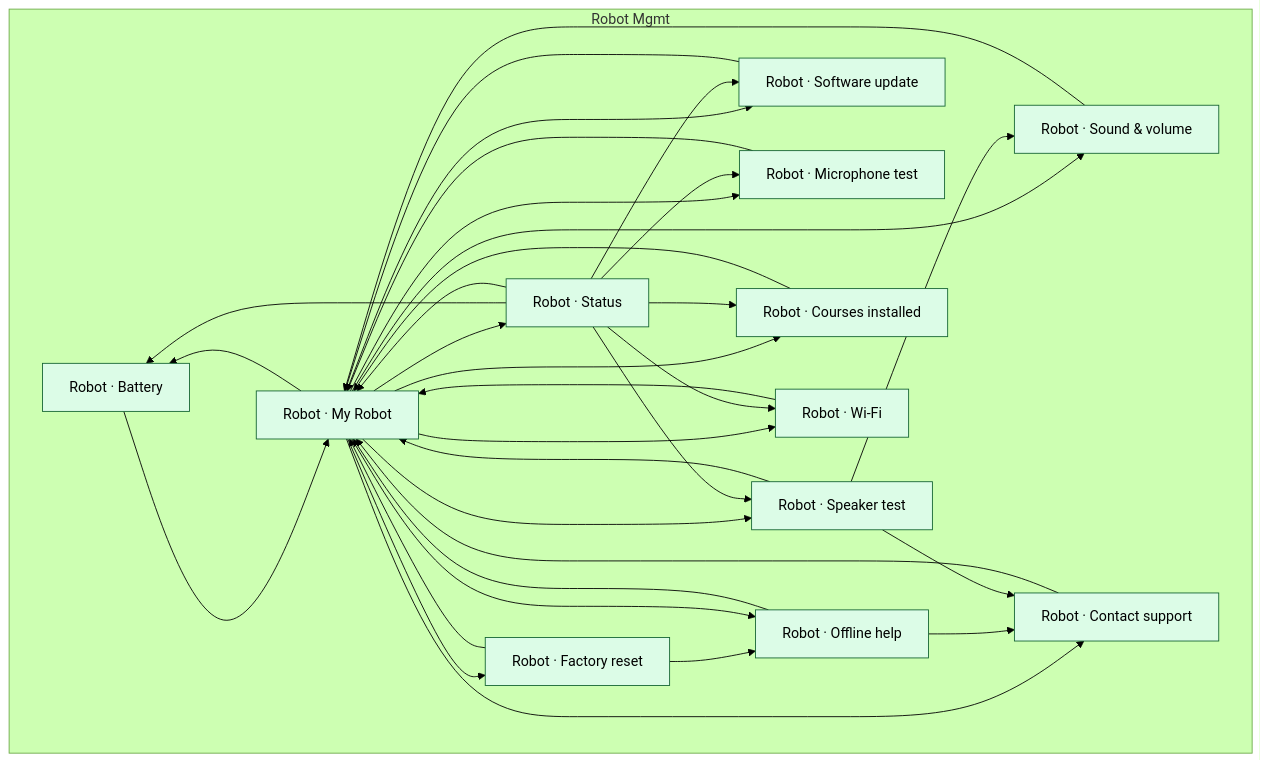
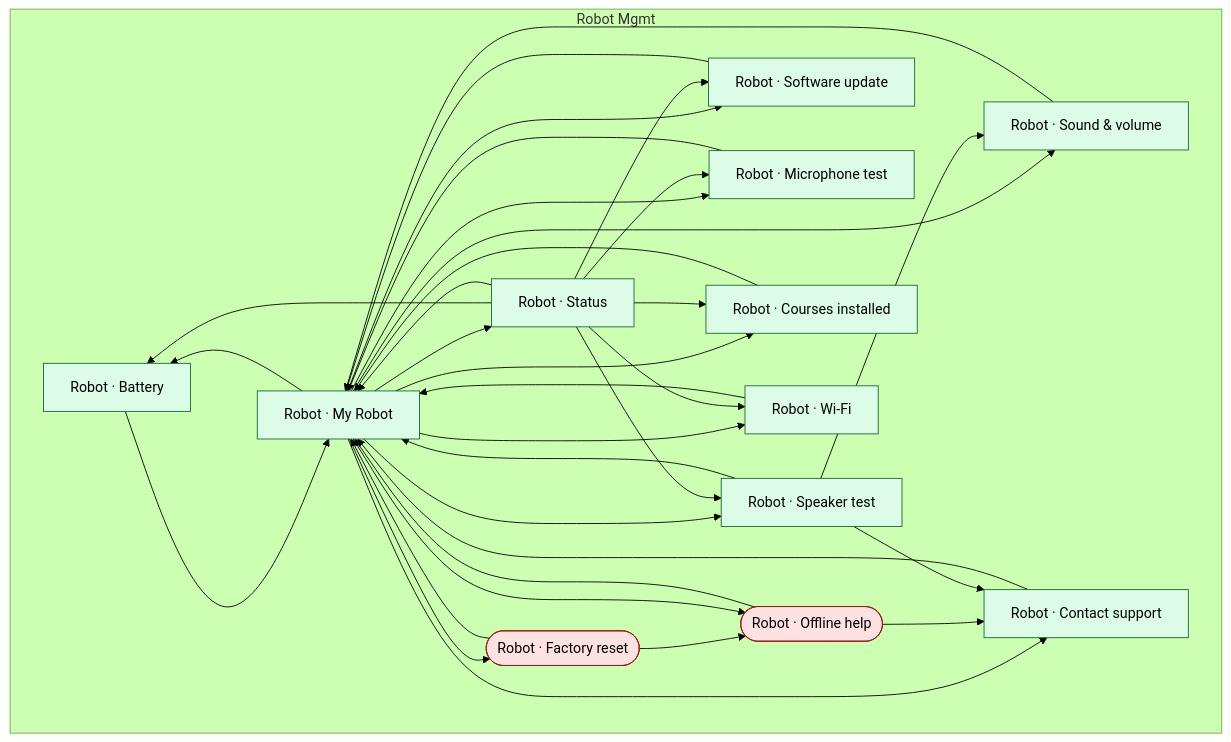
Before and after one commit to JSR-Algo/TJBOT-Mobile: the diagram in tbot-design/docs/flows/domains/robot-mgmt/flow.mmd, drawn with Mermaid (forest theme). The commit also changed 31 other files, not shown here.

First line of the commit message:
flows(fixes): C1+C2+C6+R8 — kind-drop bug, edge classification, backend-leak linter, untracked policy

```diff
--- a/tbot-design/docs/flows/domains/robot-mgmt/flow.mmd
+++ b/tbot-design/docs/flows/domains/robot-mgmt/flow.mmd
@@ -1,56 +1,57 @@
-%% GENERATED FROM nav-graph-data.json sha=747476d6c24a. Do not edit by hand.
+%% GENERATED FROM nav-graph-data.json sha=9cfd302d222f. Do not edit by hand.
 %% domain: robot-mgmt
 flowchart TD
   classDef happy fill:#dcfce7,stroke:#166534
   classDef edge  fill:#fee2e2,stroke:#991b1b
   subgraph Robot_Mgmt["Robot Mgmt"]
     rm_battery["Robot · Battery"]
-    rm_factory["Robot · Factory reset"]
+    rm_factory(["Robot · Factory reset"])
     rm_firmware["Robot · Software update"]
     rm_mic_test["Robot · Microphone test"]
     rm_my_robot["Robot · My Robot"]
-    rm_offline_help["Robot · Offline help"]
+    rm_offline_help(["Robot · Offline help"])
     rm_sound["Robot · Sound & volume"]
     rm_speaker_test["Robot · Speaker test"]
     rm_status["Robot · Status"]
     rm_storage["Robot · Courses installed"]
     rm_support["Robot · Contact support"]
     rm_wifi["Robot · Wi-Fi"]
   end
   rm_battery --> rm_my_robot
   rm_factory --> rm_my_robot
   rm_factory --> rm_offline_help
   rm_firmware --> rm_my_robot
   rm_mic_test --> rm_my_robot
   rm_my_robot --> rm_battery
   rm_my_robot --> rm_factory
   rm_my_robot --> rm_firmware
   rm_my_robot --> rm_mic_test
   rm_my_robot --> rm_offline_help
   rm_my_robot --> rm_sound
   rm_my_robot --> rm_speaker_test
   rm_my_robot --> rm_status
   rm_my_robot --> rm_storage
   rm_my_robot --> rm_support
   rm_my_robot --> rm_wifi
   rm_offline_help --> rm_my_robot
   rm_offline_help --> rm_support
   rm_sound --> rm_my_robot
   rm_speaker_test --> rm_my_robot
   rm_speaker_test --> rm_sound
   rm_speaker_test --> rm_support
   rm_status --> rm_battery
   rm_status --> rm_firmware
   rm_status --> rm_mic_test
   rm_status --> rm_my_robot
   rm_status --> rm_speaker_test
   rm_status --> rm_storage
   rm_status --> rm_wifi
   rm_storage --> rm_my_robot
   rm_support --> rm_my_robot
   rm_wifi --> rm_my_robot
-  class rm_battery,rm_factory,rm_firmware,rm_mic_test,rm_my_robot,rm_offline_help,rm_sound,rm_speaker_test,rm_status,rm_storage,rm_support,rm_wifi happy
+  class rm_battery,rm_firmware,rm_mic_test,rm_my_robot,rm_sound,rm_speaker_test,rm_status,rm_storage,rm_support,rm_wifi happy
+  class rm_factory,rm_offline_help edge
 
 %% cross-domain outbound (handled in shared/cross-domain.flow.mmd):
 %%   rm_storage -> cl_library (course-library)
 %%   rm_my_robot -> parent_settings (parent)
```
